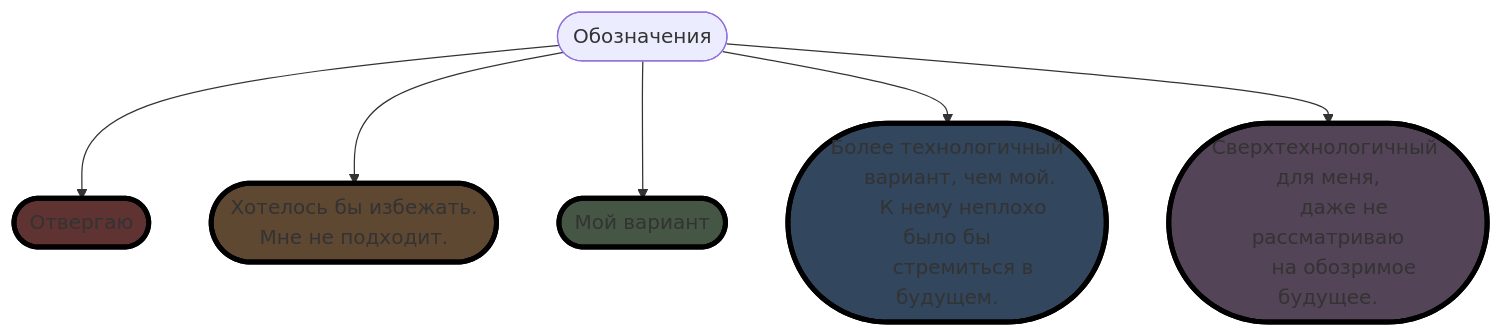
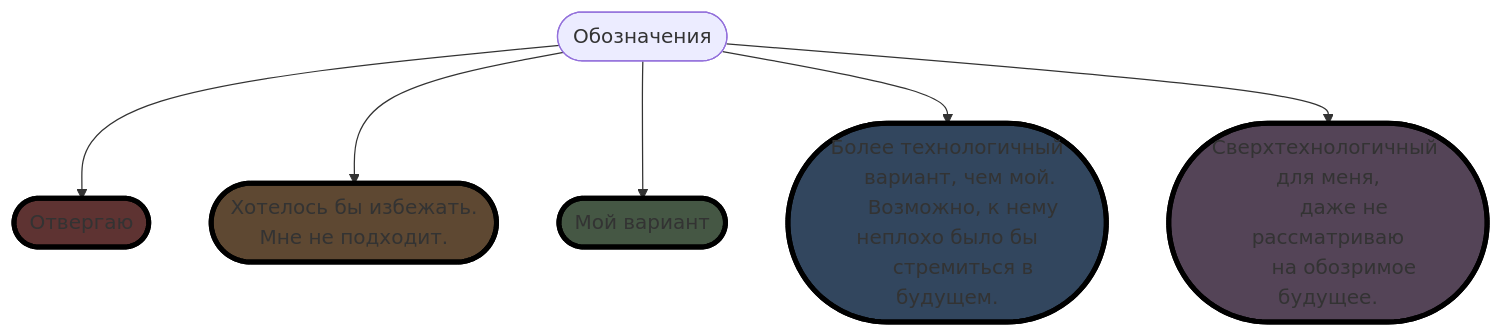
The first of 3 diagrams in README.md (ufrs12/OLTA-RU), drawn with Mermaid before and after one commit.

````diff
--- a/README.md
+++ b/README.md
@@ -7,29 +7,29 @@
 ```mermaid
 graph TD;
 classDef class1 fill:#544457, stroke:#000, stroke-width:4px
 classDef class2 fill:#32465e, stroke:#000, stroke-width:4px
 classDef class3 fill:#455744, stroke:#000, stroke-width:4px
 classDef class4 fill:#5e4832, stroke:#000, stroke-width:4px
 classDef class5 fill:#5e3332, stroke:#000, stroke-width:4px
 
    
     A([Обозначения])
     B([Отвергаю]):::class5
     C([Хотелось бы избежать.
       Мне не подходит.]):::class4
     D([Мой вариант]):::class3
     E([Более технологичный
       вариант, чем мой.  
-      К нему неплохо было бы
+      Возможно, к нему неплохо было бы
       стремиться в будущем.]):::class2
     F([Сверхтехнологичный для меня,
       даже не рассматриваю
       на обозримое будущее.]):::class1
 
     A-->B;
     A-->C;
     A-->D;
     A-->E;
     A-->F;
 
 ```
````
